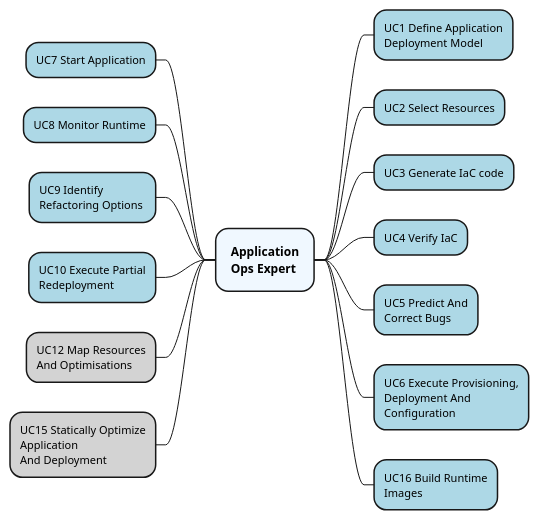
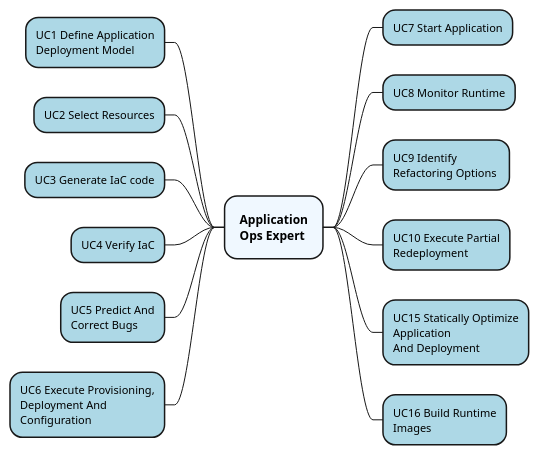
The diagram in uml/mind-maps/EAB/MM-AppOpsExpert.puml (SODALITE-EU/project-wide-documentation), drawn with PlantUML before and after one commit.

Commit message:
Removed UC21(QA) and balanced tree

```diff
--- a/uml/mind-maps/EAB/MM-AppOpsExpert.puml
+++ b/uml/mind-maps/EAB/MM-AppOpsExpert.puml
@@ -1,47 +1,42 @@
 @startmindmap AppOpsExpertUCs
 
 <style>
 mindmapDiagram {
   node {
     Padding 15
     Margin 15
     BackGroundColor LightBlue
   }
   rootNode {
     Padding 15
 	Margin 15
     BackGroundColor AliceBlue
 	FontSize 12
   }
   leafNode {
     Padding 10
     BackGroundColor LightBlue
     FontColor Black
     FontSize 11
   }
 }
 </style>
 
 * <b>Application</b>\n<b>Ops Expert</b>
+left side
 ** UC1 Define Application\nDeployment Model
 ** UC2 Select Resources
 ** UC3 Generate IaC code
 ** UC4 Verify IaC
 ** UC5 Predict And\nCorrect Bugs
 ** UC6 Execute Provisioning,\nDeployment And\nConfiguration
-** UC16 Build Runtime\nImages
-left side
+
+right side
 ** UC7 Start Application
 ** UC8 Monitor Runtime
 ** UC9 Identify\nRefactoring Options 
 ** UC10 Execute Partial\nRedeployment
-<style>
-  node {
-	BackGroundColor LightGrey
-  }
-</style>
-** UC12 Map Resources\nAnd Optimisations
 ** UC15 Statically Optimize\nApplication\nAnd Deployment
-
+** UC16 Build Runtime\nImages
 
 @endmindmap
```
